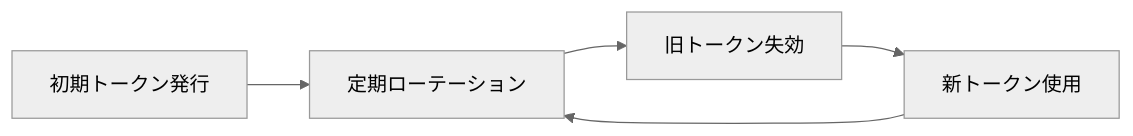
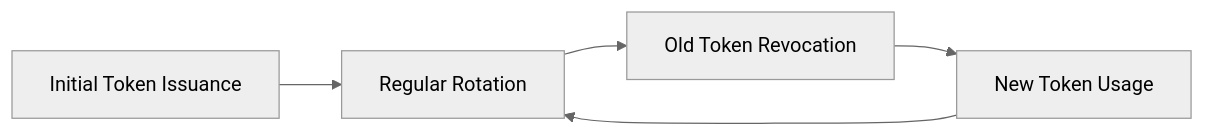
The fourth of 6 diagrams in docs/mcp/security.md (shuji-bonji/ai-agent-architecture), drawn with Mermaid (neutral theme) before and after one commit. The commit also changed other lines of this file and 42 other files, not shown here.

````diff
--- a/docs/mcp/security.md
+++ b/docs/mcp/security.md
@@ -348,7 +350,7 @@
 ```mermaid
 flowchart LR
-    A[初期トークン発行] --> B[定期ローテーション]
-    B --> C[旧トークン失効]
-    C --> D[新トークン使用]
+    A[Initial Token Issuance] --> B[Regular Rotation]
+    B --> C[Old Token Revocation]
+    C --> D[New Token Usage]
     D --> B
 ```
````
